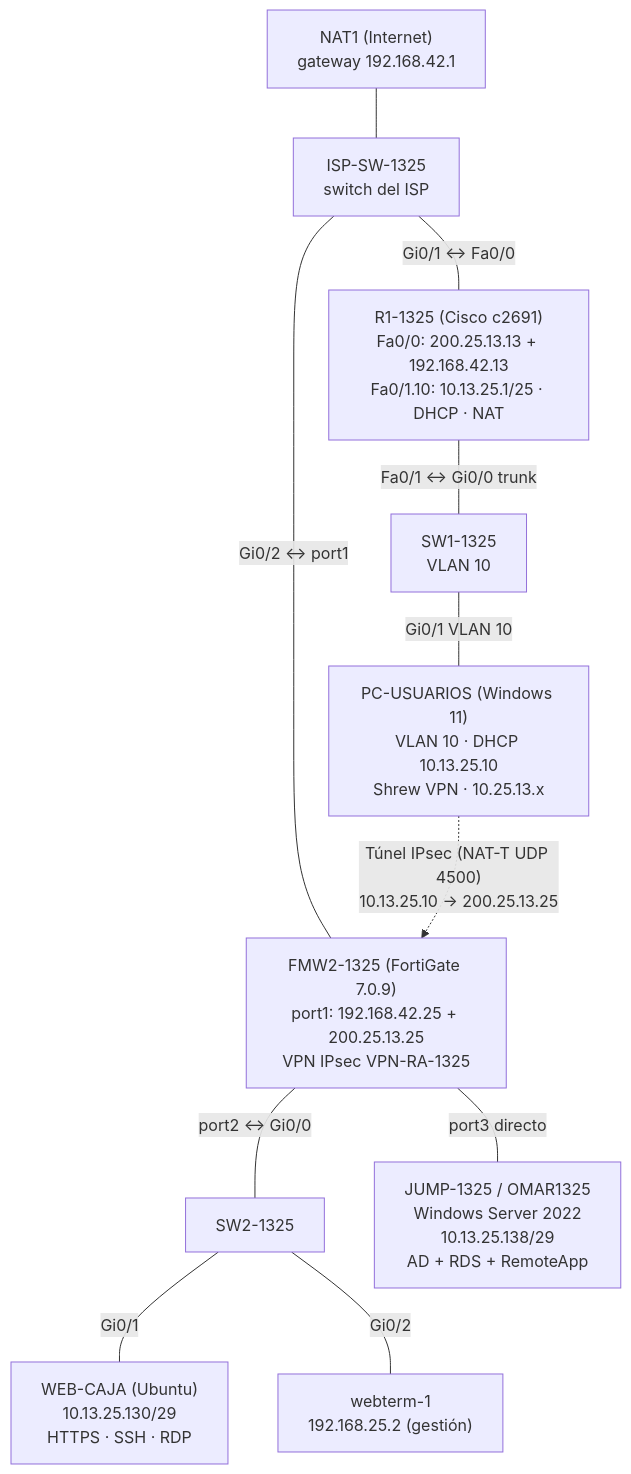
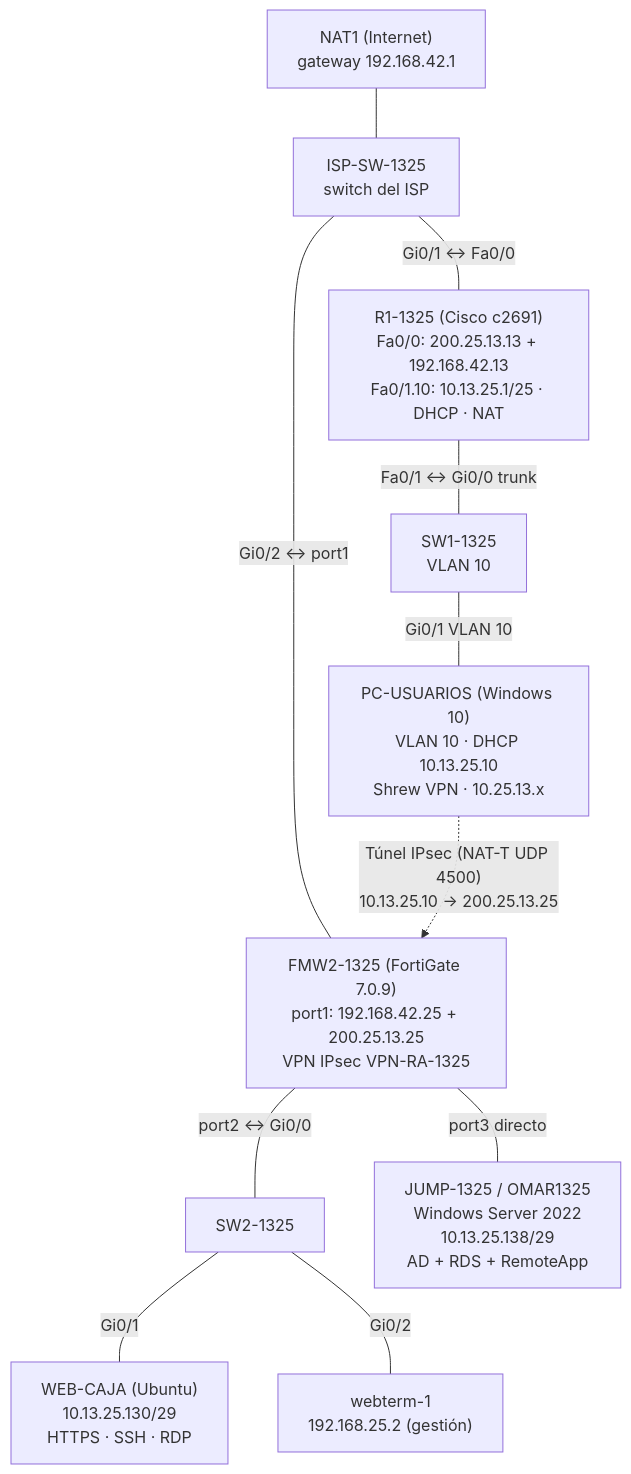
The first of 3 diagrams in README.md (OAPR2000/Jump-Server-Omar-Paulino-20251325), drawn with Mermaid before and after one commit.

````diff
--- a/README.md
+++ b/README.md
@@ -74,24 +74,24 @@
 ```mermaid
 flowchart TB
     NAT1["NAT1 (Internet)<br/>gateway 192.168.42.1"]
     ISP["ISP-SW-1325<br/>switch del ISP"]
     R1["R1-1325 (Cisco c2691)<br/>Fa0/0: 200.25.13.13 + 192.168.42.13<br/>Fa0/1.10: 10.13.25.1/25 · DHCP · NAT"]
     FW["FMW2-1325 (FortiGate 7.0.9)<br/>port1: 192.168.42.25 + 200.25.13.25<br/>VPN IPsec VPN-RA-1325"]
     SW1["SW1-1325<br/>VLAN 10"]
     SW2["SW2-1325"]
-    PC["PC-USUARIOS (Windows 11)<br/>VLAN 10 · DHCP 10.13.25.10<br/>Shrew VPN · 10.25.13.x"]
+    PC["PC-USUARIOS (Windows 10)<br/>VLAN 10 · DHCP 10.13.25.10<br/>Shrew VPN · 10.25.13.x"]
     WEB["WEB-CAJA (Ubuntu)<br/>10.13.25.130/29<br/>HTTPS · SSH · RDP"]
     WT["webterm-1<br/>192.168.25.2 (gestión)"]
     JUMP["JUMP-1325 / OMAR1325<br/>Windows Server 2022<br/>10.13.25.138/29<br/>AD + RDS + RemoteApp"]
 
     NAT1 --- ISP
     ISP ---|Gi0/1 ↔ Fa0/0| R1
     ISP ---|Gi0/2 ↔ port1| FW
     R1 ---|Fa0/1 ↔ Gi0/0 trunk| SW1
     SW1 ---|Gi0/1 VLAN 10| PC
     FW ---|port2 ↔ Gi0/0| SW2
     SW2 ---|Gi0/1| WEB
     SW2 ---|Gi0/2| WT
     FW ---|port3 directo| JUMP
     PC -. "Túnel IPsec (NAT-T UDP 4500)<br/>10.13.25.10 → 200.25.13.25" .-> FW
 ```
````
